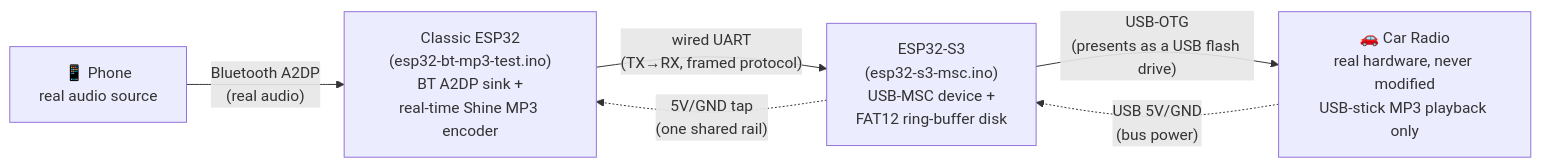
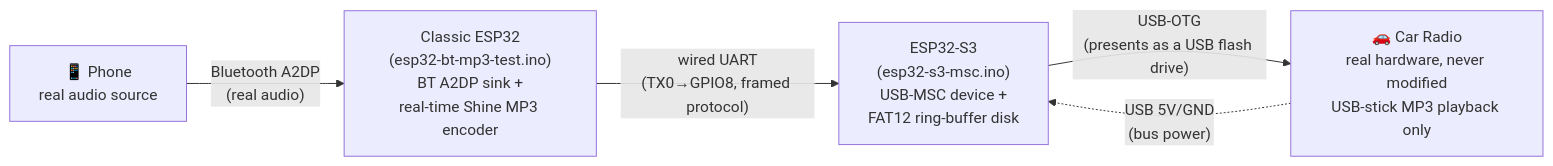
The first of 3 diagrams in ARCHITECTURE.md (Silenttttttt/esp32-bt-usb-mp3-dongle), drawn with Mermaid before and after one commit. The commit also changed other lines of this file and 16 other files, not shown here.

````diff
--- a/ARCHITECTURE.md
+++ b/ARCHITECTURE.md
@@ -38,13 +36,12 @@
 ```mermaid
 graph LR
     Phone["📱 Phone<br/>real audio source"]
     Classic["Classic ESP32<br/>(esp32-bt-mp3-test.ino)<br/>BT A2DP sink +<br/>real-time Shine MP3 encoder"]
     S3["ESP32-S3<br/>(esp32-s3-msc.ino)<br/>USB-MSC device +<br/>FAT12 ring-buffer disk"]
     Radio["🚗 Car Radio<br/>real hardware, never modified<br/>USB-stick MP3 playback only"]
 
     Phone -- "Bluetooth A2DP<br/>(real audio)" --> Classic
-    Classic -- "wired UART<br/>(TX→RX, framed protocol)" --> S3
+    Classic -- "wired UART<br/>(TX0→GPIO8, framed protocol)" --> S3
     S3 -- "USB-OTG<br/>(presents as a USB flash drive)" --> Radio
     Radio -. "USB 5V/GND<br/>(bus power)" .-> S3
-    S3 -. "5V/GND tap<br/>(one shared rail)" .-> Classic
 ```
````
